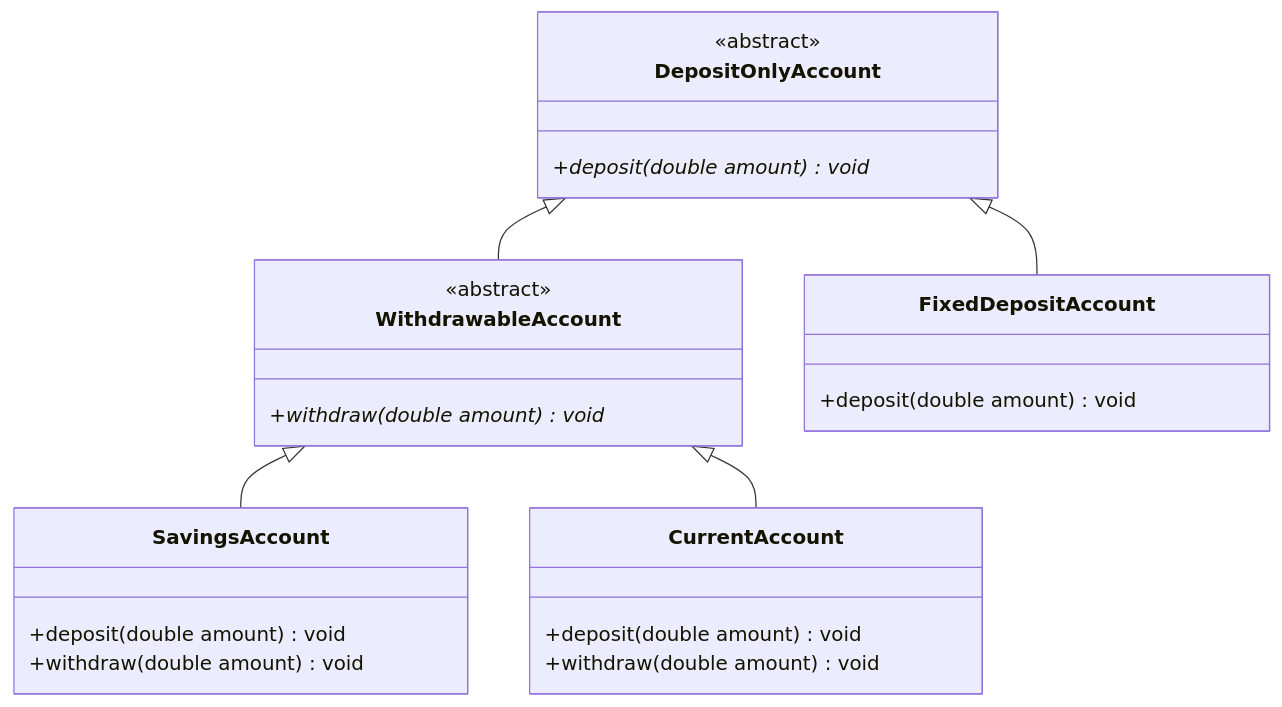
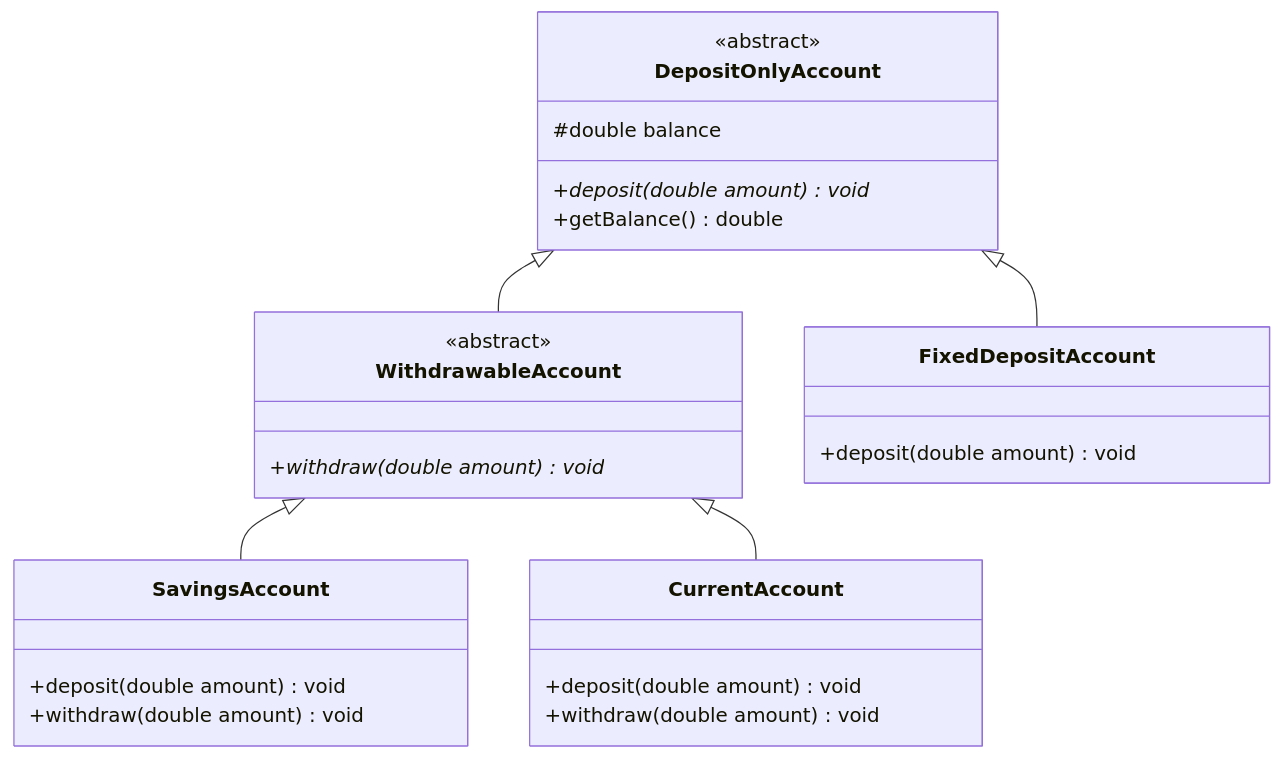
The second of 2 diagrams in 04-OOPs-and-Design-Patterns/02-SOLID-Principles/05-SOLID-Design-Principles-Part-1.md (rohithgowda18/Notes), drawn with Mermaid before and after one commit. The commit also changed other lines of this file and 17 other files, not shown here.

````diff
--- a/04-OOPs-and-Design-Patterns/02-SOLID-Principles/05-SOLID-Design-Principles-Part-1.md
+++ b/04-OOPs-and-Design-Patterns/02-SOLID-Principles/05-SOLID-Design-Principles-Part-1.md
@@ -359,31 +163,33 @@
 ```mermaid
 classDiagram
     class DepositOnlyAccount {
         <<abstract>>
-        +deposit(double amount) void*
+        #double balance
+        +deposit(double amount)* void
+        +getBalance() double
     }
 
     class WithdrawableAccount {
         <<abstract>>
-        +withdraw(double amount) void*
+        +withdraw(double amount)* void
     }
 
     class SavingsAccount {
         +deposit(double amount) void
         +withdraw(double amount) void
     }
 
     class CurrentAccount {
         +deposit(double amount) void
         +withdraw(double amount) void
     }
 
     class FixedDepositAccount {
         +deposit(double amount) void
     }
 
     DepositOnlyAccount <|-- WithdrawableAccount
+    DepositOnlyAccount <|-- FixedDepositAccount
     WithdrawableAccount <|-- SavingsAccount
     WithdrawableAccount <|-- CurrentAccount
-    DepositOnlyAccount <|-- FixedDepositAccount
 ```
````
